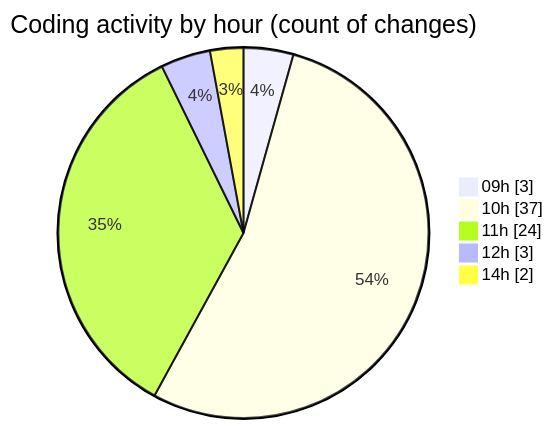
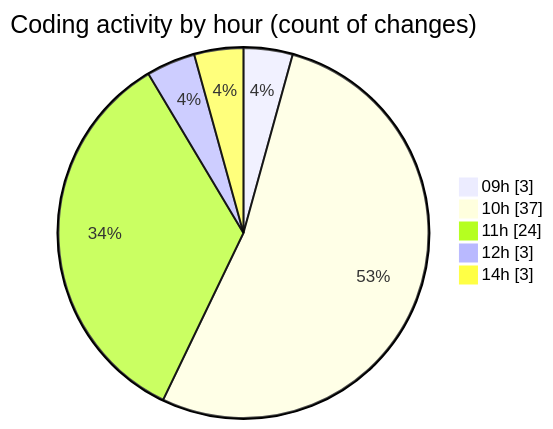
One commit to CELIANVF/code-tracking changed the second of 2 diagrams in 2025-05-02/ecodeli/README.md. Above: the diagram before and after it, drawn with Mermaid. The commit also changed other lines of this file and 1 other file, not shown here.

````diff
--- a/2025-05-02/ecodeli/README.md
+++ b/2025-05-02/ecodeli/README.md
@@ -58,9 +59,9 @@
 ```mermaid
 pie showData
 title Coding activity by hour (count of changes)
 "09h" : 3
 "10h" : 37
 "11h" : 24
 "12h" : 3
-"14h" : 2
+"14h" : 3
 ```
````
